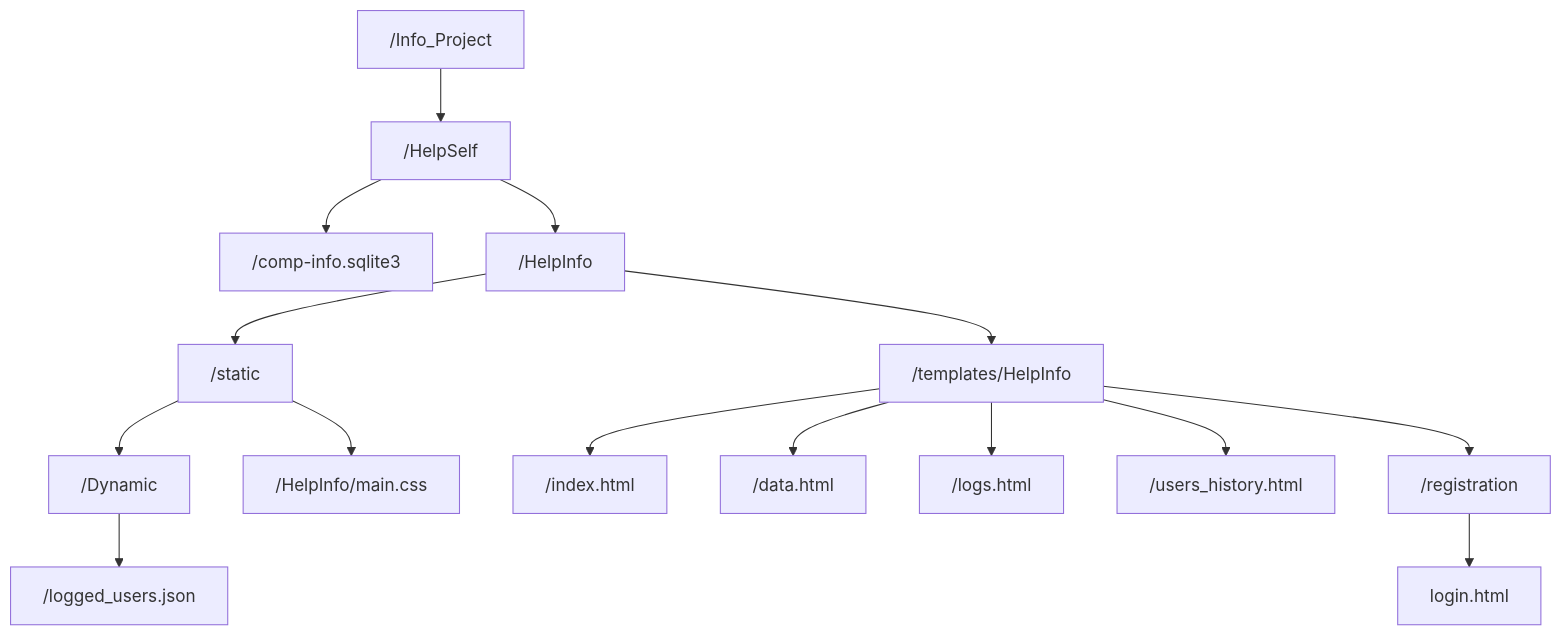
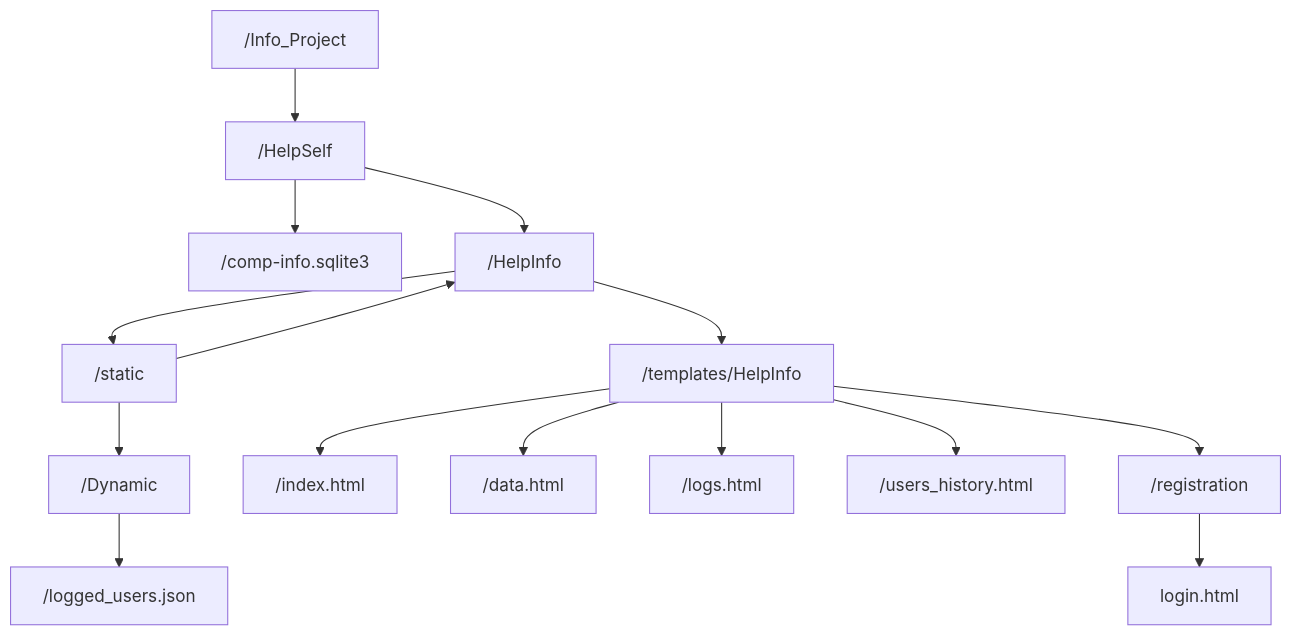
Before and after one commit to YazidEl7/Info_Project: the second of 2 diagrams in README.md, drawn with Mermaid.

````diff
--- a/README.md
+++ b/README.md
@@ -27,17 +27,17 @@
 ```mermaid
 graph TD;
     /Info_Project-->/HelpSelf;
     /HelpSelf-->/comp-info.sqlite3;
     /HelpSelf-->/HelpInfo;
     /HelpInfo-->/static;
     /static-->/Dynamic;
     /Dynamic-->/logged_users.json;
-    /static-->/HelpInfo/main.css;
+    /static-->/HelpInfo;
     /HelpInfo-->/templates/HelpInfo;
     /templates/HelpInfo-->/index.html;
     /templates/HelpInfo-->/data.html;
     /templates/HelpInfo-->/logs.html;
     /templates/HelpInfo-->/users_history.html;
     /templates/HelpInfo-->/registration;
     /registration-->login.html;
 ```
````
